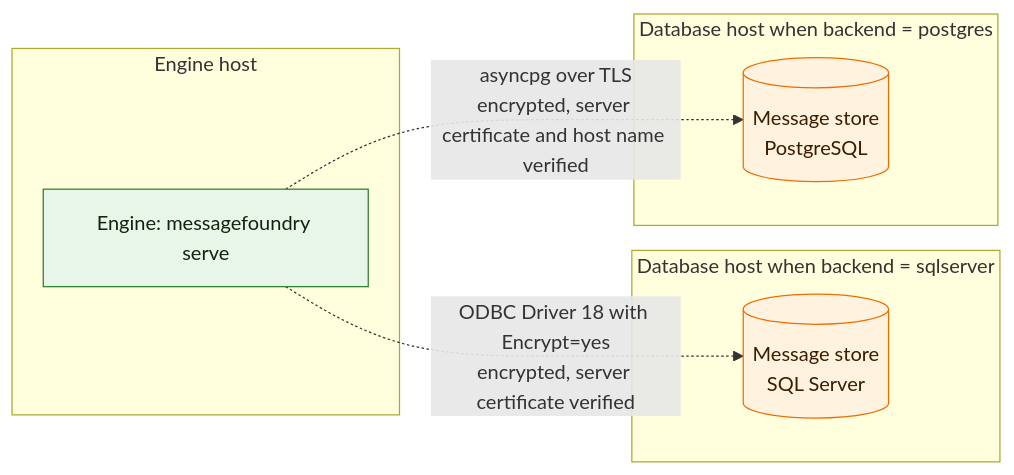
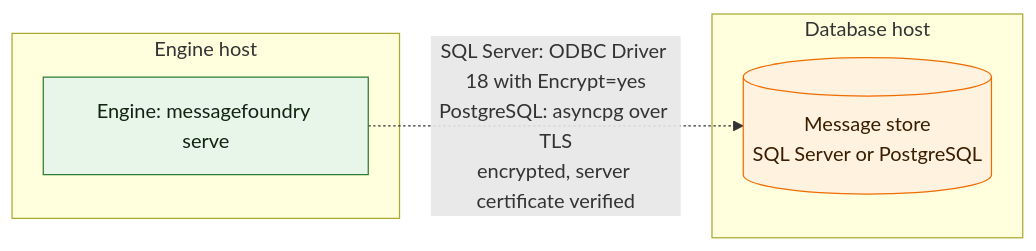
One commit to MEFORORG/MessageFoundry changed the second of 4 diagrams in docs/DEPLOYMENT.md. Above: the diagram before and after it, drawn with Mermaid. The commit also changed other lines of this file, not shown here.

First line of the commit message:
docs(deployment): correct the topology diagrams after review round two

````diff
--- a/docs/DEPLOYMENT.md
+++ b/docs/DEPLOYMENT.md
@@ -77,20 +84,15 @@
 ```mermaid
 flowchart LR
   classDef core fill:#e8f5e9,stroke:#2e7d32,color:#10240f;
   classDef store fill:#fff3e0,stroke:#ef6c00,color:#3a1d00;
 
   subgraph T2ENGHOST["Engine host"]
     T2ENGINE["Engine: messagefoundry serve"]:::core
   end
 
-  subgraph T2SSHOST["Database host when backend = sqlserver"]
-    T2SS[("Message store<br/>SQL Server")]:::store
+  subgraph T2DBHOST["Database host"]
+    T2DB[("Message store<br/>SQL Server or PostgreSQL")]:::store
   end
 
-  subgraph T2PGHOST["Database host when backend = postgres"]
-    T2PG[("Message store<br/>PostgreSQL")]:::store
-  end
-
-  T2ENGINE -.->|"ODBC Driver 18 with Encrypt=yes<br/>encrypted, server certificate verified"| T2SS
-  T2ENGINE -.->|"asyncpg over TLS<br/>encrypted, server certificate and host name verified"| T2PG
+  T2ENGINE -.->|"SQL Server: ODBC Driver 18 with Encrypt=yes<br/>PostgreSQL: asyncpg over TLS<br/>encrypted, server certificate verified"| T2DB
 ```
````
